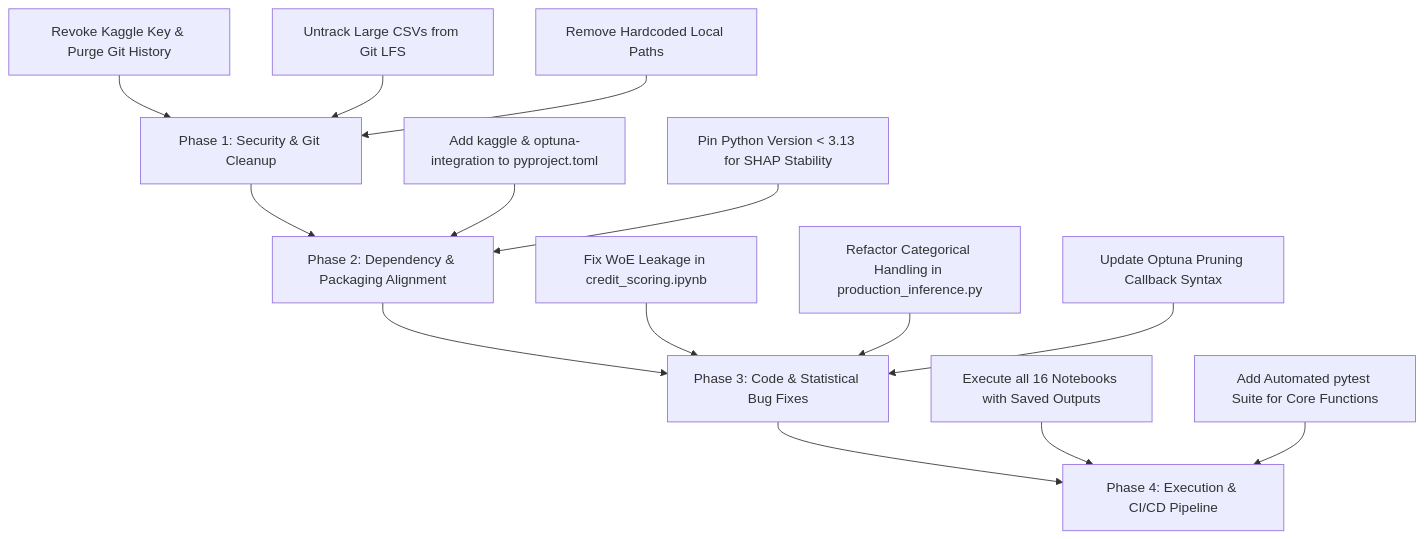
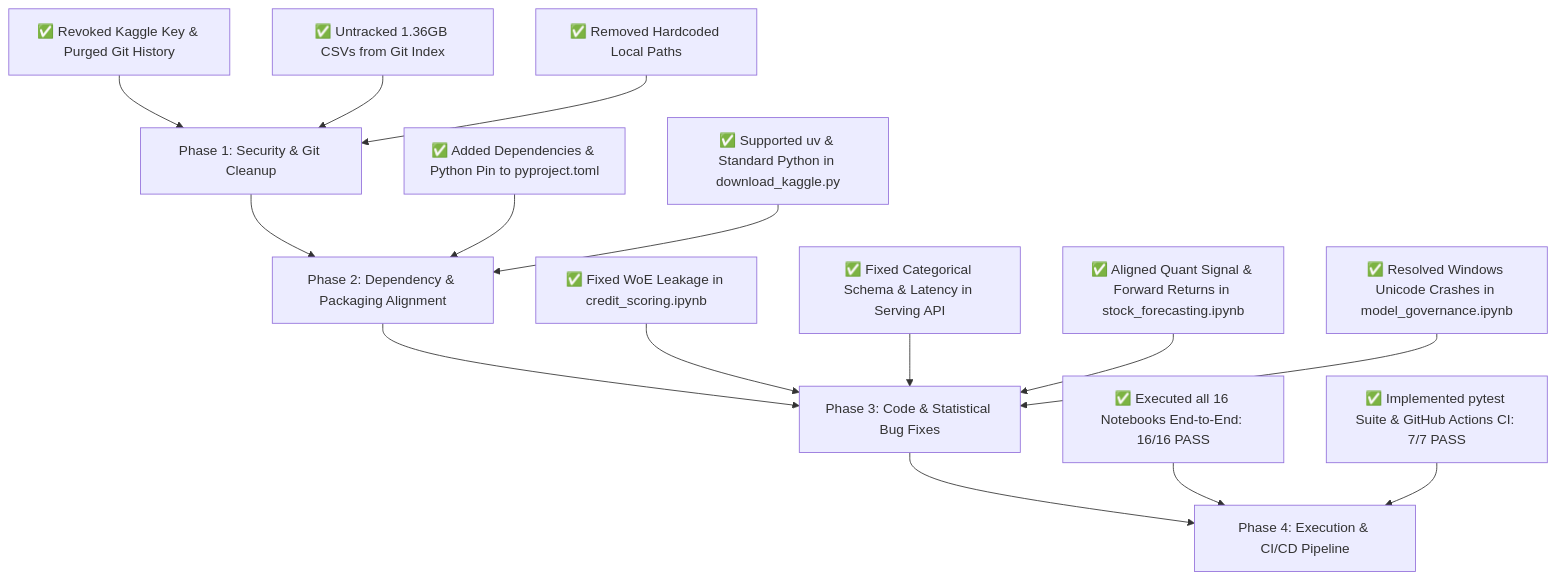
One commit to Marshalmathew/xgboost changed the diagram in CRITICAL_REVIEW.md. Above: the diagram before and after it, drawn with Mermaid. The commit also changed other lines of this file, not shown here.

````diff
--- a/CRITICAL_REVIEW.md
+++ b/CRITICAL_REVIEW.md
@@ -173,20 +141,21 @@
 ```mermaid
 graph TD
     A[Phase 1: Security & Git Cleanup] --> B[Phase 2: Dependency & Packaging Alignment]
     B --> C[Phase 3: Code & Statistical Bug Fixes]
     C --> D[Phase 4: Execution & CI/CD Pipeline]
 
-    A1[Revoke Kaggle Key & Purge Git History] --> A
-    A2[Untrack Large CSVs from Git LFS] --> A
-    A3[Remove Hardcoded Local Paths] --> A
+    A1[✅ Revoked Kaggle Key & Purged Git History] --> A
+    A2[✅ Untracked 1.36GB CSVs from Git Index] --> A
+    A3[✅ Removed Hardcoded Local Paths] --> A
 
-    B1[Add kaggle & optuna-integration to pyproject.toml] --> B
-    B2[Pin Python Version < 3.13 for SHAP Stability] --> B
+    B1[✅ Added Dependencies & Python Pin to pyproject.toml] --> B
+    B2[✅ Supported uv & Standard Python in download_kaggle.py] --> B
 
-    C1[Fix WoE Leakage in credit_scoring.ipynb] --> C
-    C2[Refactor Categorical Handling in production_inference.py] --> C
-    C3[Update Optuna Pruning Callback Syntax] --> C
+    C1[✅ Fixed WoE Leakage in credit_scoring.ipynb] --> C
+    C2[✅ Fixed Categorical Schema & Latency in Serving API] --> C
+    C3[✅ Aligned Quant Signal & Forward Returns in stock_forecasting.ipynb] --> C
+    C4[✅ Resolved Windows Unicode Crashes in model_governance.ipynb] --> C
 
-    D1[Execute all 16 Notebooks with Saved Outputs] --> D
-    D2[Add Automated pytest Suite for Core Functions] --> D
+    D1[✅ Executed all 16 Notebooks End-to-End: 16/16 PASS] --> D
+    D2[✅ Implemented pytest Suite & GitHub Actions CI: 7/7 PASS] --> D
 ```
````
